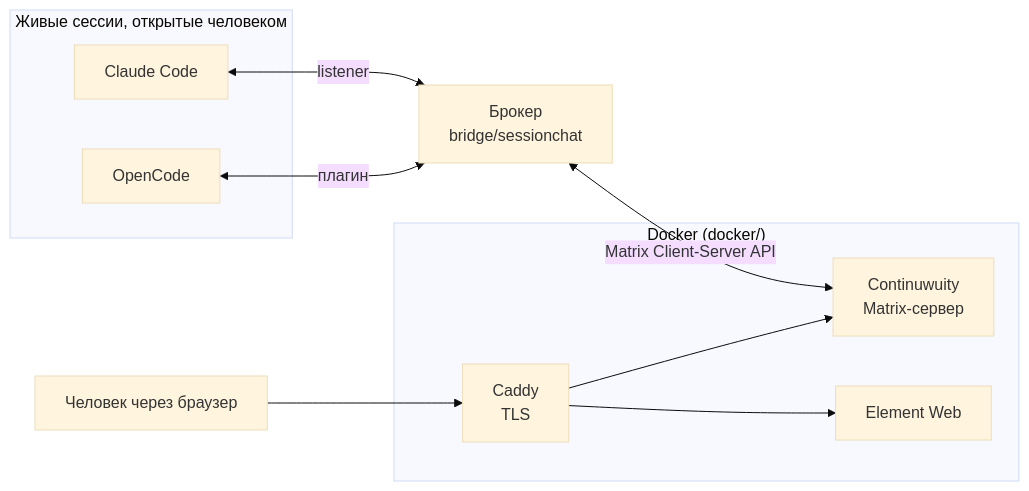
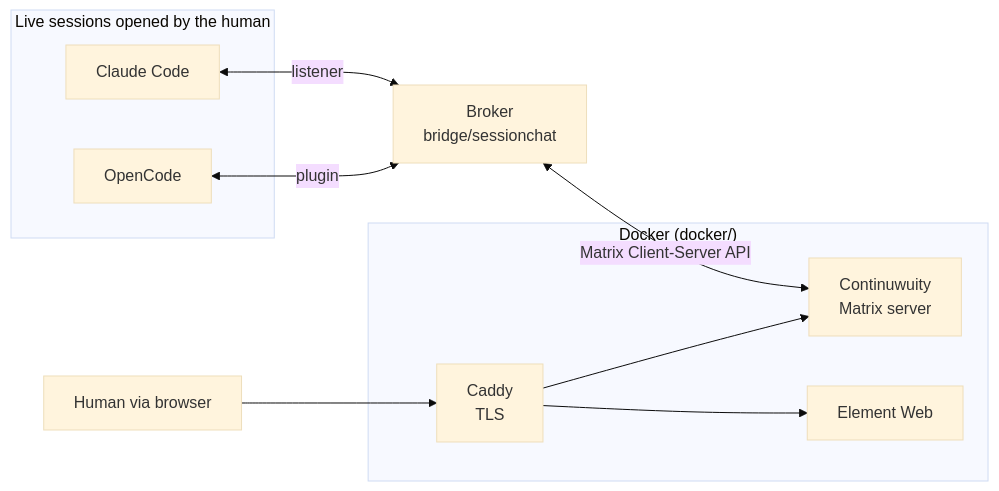
The diagram in README.md (AndreyLebedenko/quoroom), drawn with Mermaid (base theme) before and after one commit. The commit also changed other lines of this file and 3 other files, not shown here.

````diff
--- a/README.md
+++ b/README.md
@@ -42,23 +47,23 @@
 ```mermaid
 flowchart LR
     subgraph docker["Docker (docker/)"]
-        C[Continuwuity<br/>Matrix-сервер]
+        C[Continuwuity<br/>Matrix server]
         E[Element Web]
         P[Caddy<br/>TLS]
         P --> C
         P --> E
     end
 
-    B[Брокер<br/>bridge/sessionchat]
+    B[Broker<br/>bridge/sessionchat]
     B <-->|Matrix Client-Server API| C
 
-    subgraph live["Живые сессии, открытые человеком"]
+    subgraph live["Live sessions opened by the human"]
         S1[Claude Code]
         S3[OpenCode]
     end
 
     S1 <-->|listener| B
-    S3 <-->|плагин| B
+    S3 <-->|plugin| B
 
-    Human[Человек через браузер] --> P
+    Human[Human via browser] --> P
 ```
````
